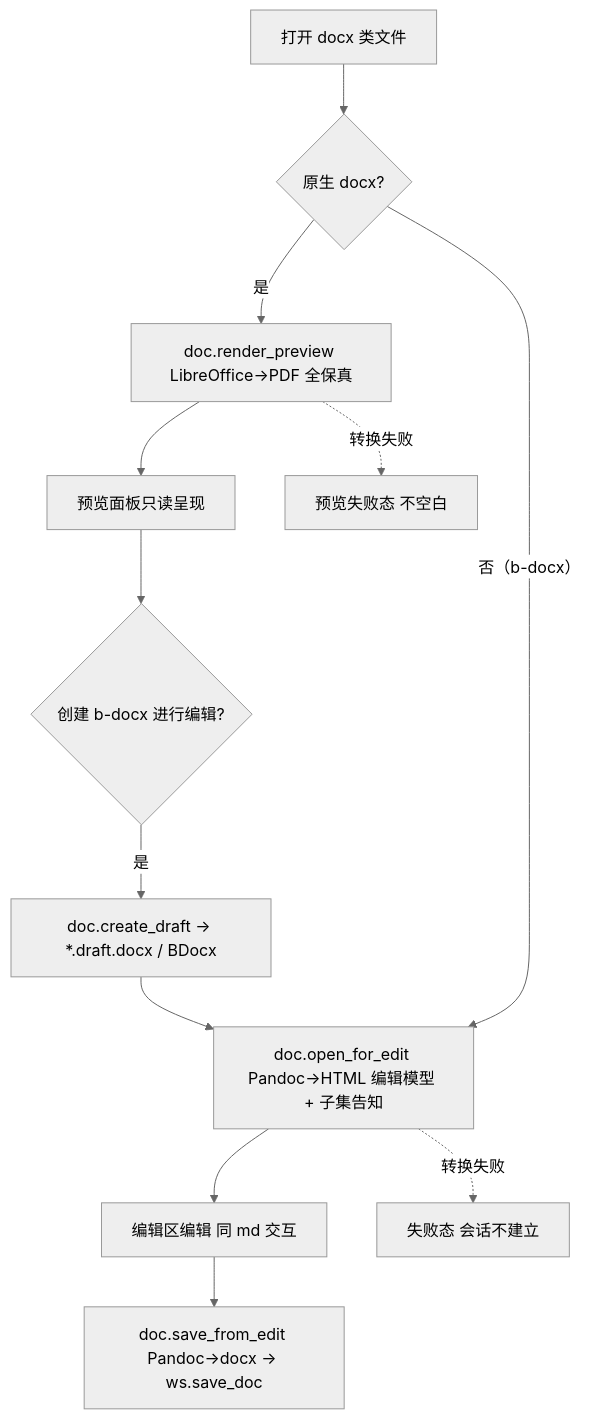
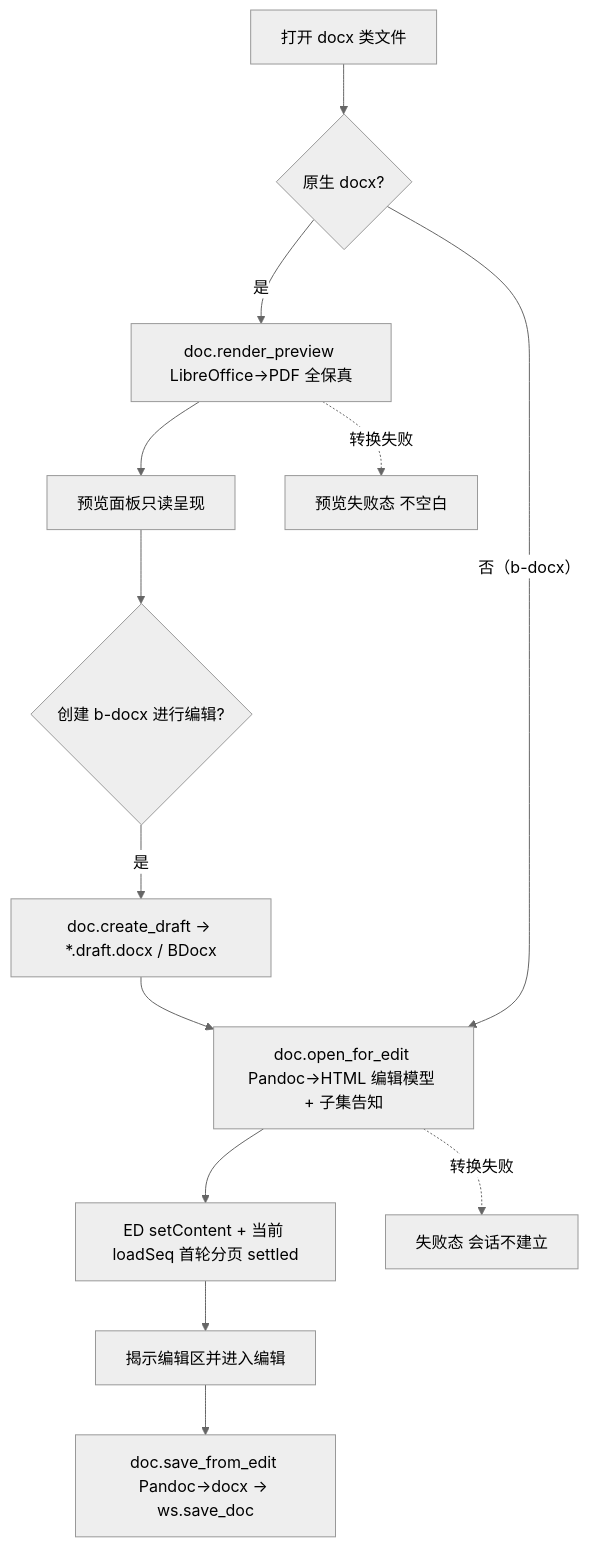
The fourth of 10 diagrams in docs/01_modules/SYS/A-SYS-C-T-02_前端交互架构与流程总图.md (adu-chen/binder-desktop), drawn with Mermaid (neutral theme) before and after one commit. The commit also changed other lines of this file and 24 other files, not shown here.

````diff
--- a/docs/01_modules/SYS/A-SYS-C-T-02_前端交互架构与流程总图.md
+++ b/docs/01_modules/SYS/A-SYS-C-T-02_前端交互架构与流程总图.md
@@ -207,14 +211,15 @@
 ```mermaid
 flowchart TD
   OP[打开 docx 类文件] --> KIND{原生 docx?}
   KIND -- 是 --> CV[doc.render_preview LibreOffice→PDF 全保真]
   CV --> PV[预览面板只读呈现]
   PV --> MK{创建 b-docx 进行编辑?}
   MK -- 是 --> DR[doc.create_draft → *.draft.docx / BDocx]
   DR --> CE[doc.open_for_edit Pandoc→HTML 编辑模型 + 子集告知]
   KIND -- 否（b-docx） --> CE
-  CE --> ED2[编辑区编辑 同 md 交互]
+  CE --> PSET[ED setContent + 当前 loadSeq 首轮分页 settled]
+  PSET --> ED2[揭示编辑区并进入编辑]
   ED2 --> SVD[doc.save_from_edit Pandoc→docx → ws.save_doc]
   CE -. 转换失败 .-> ER[失败态 会话不建立]
   CV -. 转换失败 .-> ER2[预览失败态 不空白]
 ```
````
